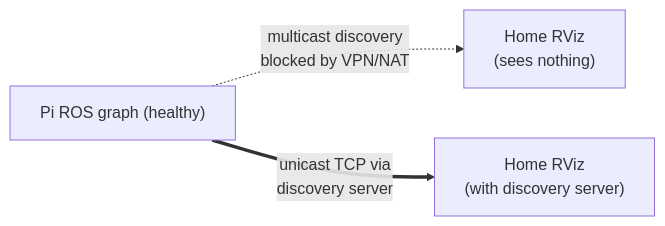
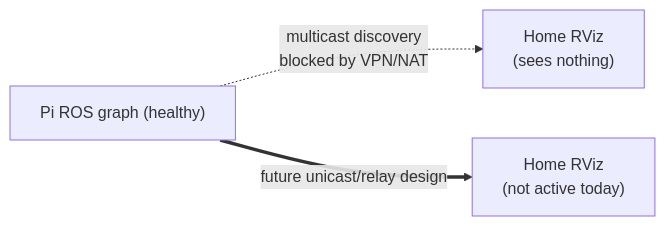
One commit to cmu-impactlab/patrolbot changed the diagram in docs/deployment/remote-operation.md. Above: the diagram before and after it, drawn with Mermaid. The commit also changed other lines of this file and 41 other files, not shown here.

````diff
--- a/docs/deployment/remote-operation.md
+++ b/docs/deployment/remote-operation.md
@@ -38,5 +38,5 @@
 ```mermaid
 flowchart LR
     PI["Pi ROS graph (healthy)"] -. "multicast discovery\nblocked by VPN/NAT" .-> HOME["Home RViz\n(sees nothing)"]
-    PI ==>|"unicast TCP via\ndiscovery server"| HOME2["Home RViz\n(with discovery server)"]
+    PI ==>|"future unicast/relay design"| HOME2["Home RViz\n(not active today)"]
 ```
````
